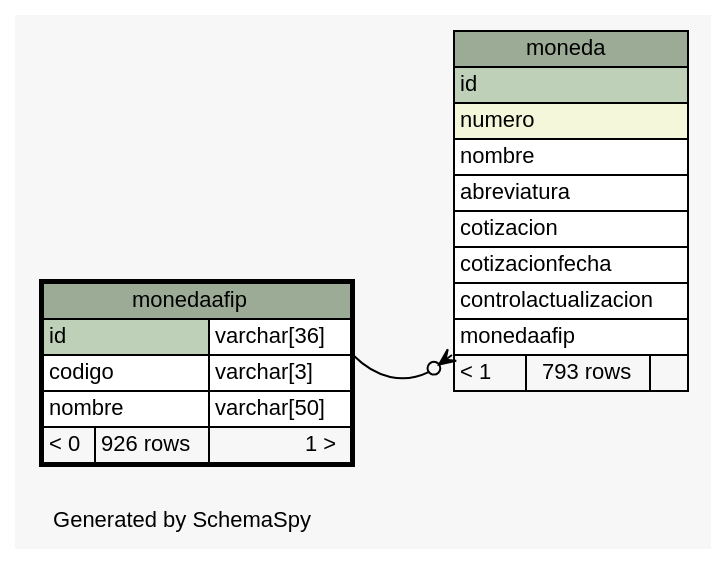
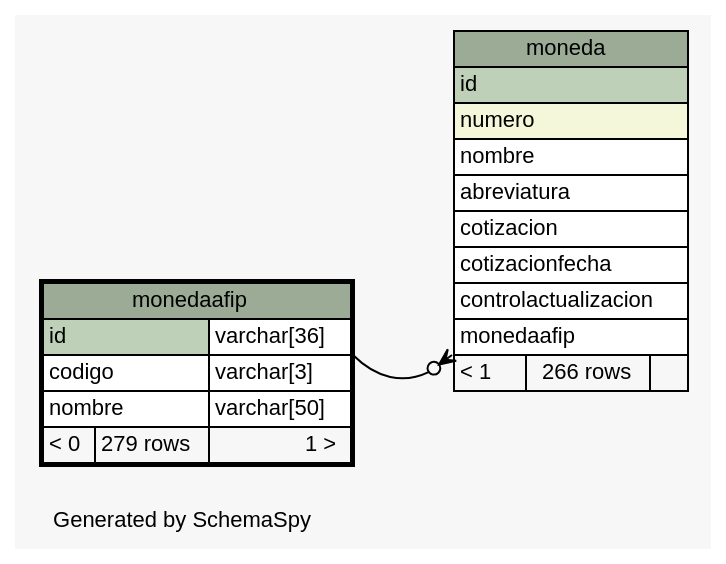
One commit to diegopablomansilla/massoftware_front changed the diagram in postgresql/schemaSpy/salida/diagrams/monedaafip.1degree.dot. Above: the diagram before and after it, drawn with Graphviz. The commit also changed 298 other files, not shown here.

```diff
--- a/postgresql/schemaSpy/salida/diagrams/monedaafip.1degree.dot
+++ b/postgresql/schemaSpy/salida/diagrams/monedaafip.1degree.dot
@@ -1,52 +1,52 @@
 // dot 2.2.1 on Windows 10 10.0
 // SchemaSpy rev 590
 digraph "oneDegreeRelationshipsDiagram" {
   graph [
     rankdir="RL"
     bgcolor="#f7f7f7"
     label="\nGenerated by SchemaSpy"
     labeljust="l"
     nodesep="0.18"
     ranksep="0.46"
     fontname="Helvetica"
     fontsize="11"
   ];
   node [
     fontname="Helvetica"
     fontsize="11"
     shape="plaintext"
   ];
   edge [
     arrowsize="0.8"
   ];
   "moneda":"monedaafip":sw -> "monedaafip":"id.type":se [arrowhead=none dir=back arrowtail=crowodot];
   "moneda" [
     label=<
     <TABLE BORDER="0" CELLBORDER="1" CELLSPACING="0" BGCOLOR="#ffffff">
       <TR><TD COLSPAN="3" BGCOLOR="#9bab96" ALIGN="CENTER">moneda</TD></TR>
       <TR><TD PORT="id" COLSPAN="3" BGCOLOR="#bed1b8" ALIGN="LEFT">id</TD></TR>
       <TR><TD PORT="numero" COLSPAN="3" BGCOLOR="#f4f7da" ALIGN="LEFT">numero</TD></TR>
       <TR><TD PORT="nombre" COLSPAN="3" ALIGN="LEFT">nombre</TD></TR>
       <TR><TD PORT="abreviatura" COLSPAN="3" ALIGN="LEFT">abreviatura</TD></TR>
       <TR><TD PORT="cotizacion" COLSPAN="3" ALIGN="LEFT">cotizacion</TD></TR>
       <TR><TD PORT="cotizacionfecha" COLSPAN="3" ALIGN="LEFT">cotizacionfecha</TD></TR>
       <TR><TD PORT="controlactualizacion" COLSPAN="3" ALIGN="LEFT">controlactualizacion</TD></TR>
       <TR><TD PORT="monedaafip" COLSPAN="3" ALIGN="LEFT">monedaafip</TD></TR>
-      <TR><TD ALIGN="LEFT" BGCOLOR="#f7f7f7">&lt; 1</TD><TD ALIGN="RIGHT" BGCOLOR="#f7f7f7">793 rows</TD><TD ALIGN="RIGHT" BGCOLOR="#f7f7f7">  </TD></TR>
+      <TR><TD ALIGN="LEFT" BGCOLOR="#f7f7f7">&lt; 1</TD><TD ALIGN="RIGHT" BGCOLOR="#f7f7f7">266 rows</TD><TD ALIGN="RIGHT" BGCOLOR="#f7f7f7">  </TD></TR>
     </TABLE>>
     URL="moneda.html"
     tooltip="moneda"
   ];
   "monedaafip" [
     label=<
     <TABLE BORDER="2" CELLBORDER="1" CELLSPACING="0" BGCOLOR="#ffffff">
       <TR><TD COLSPAN="3" BGCOLOR="#9bab96" ALIGN="CENTER">monedaafip</TD></TR>
       <TR><TD PORT="id" COLSPAN="2" BGCOLOR="#bed1b8" ALIGN="LEFT">id</TD><TD PORT="id.type" ALIGN="LEFT">varchar[36]</TD></TR>
       <TR><TD PORT="codigo" COLSPAN="2" ALIGN="LEFT">codigo</TD><TD PORT="codigo.type" ALIGN="LEFT">varchar[3]</TD></TR>
       <TR><TD PORT="nombre" COLSPAN="2" ALIGN="LEFT">nombre</TD><TD PORT="nombre.type" ALIGN="LEFT">varchar[50]</TD></TR>
-      <TR><TD ALIGN="LEFT" BGCOLOR="#f7f7f7">&lt; 0</TD><TD ALIGN="RIGHT" BGCOLOR="#f7f7f7">926 rows</TD><TD ALIGN="RIGHT" BGCOLOR="#f7f7f7">1 &gt;</TD></TR>
+      <TR><TD ALIGN="LEFT" BGCOLOR="#f7f7f7">&lt; 0</TD><TD ALIGN="RIGHT" BGCOLOR="#f7f7f7">279 rows</TD><TD ALIGN="RIGHT" BGCOLOR="#f7f7f7">1 &gt;</TD></TR>
     </TABLE>>
     URL="monedaafip.html"
     tooltip="monedaafip"
   ];
 }
```
